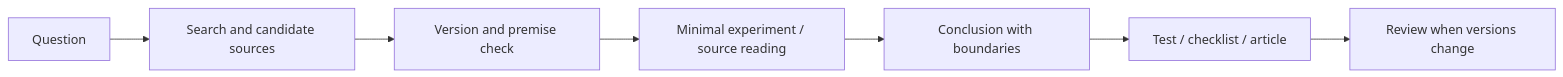
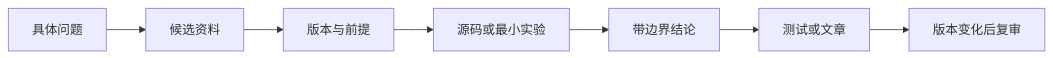
The diagram in docs/engineering/engineering-resources.md (upJiang/jiang-blog-vitepress), drawn with Mermaid before and after one commit. The commit also changed other lines of this file and 164 other files, not shown here.

````diff
--- a/docs/engineering/engineering-resources.md
+++ b/docs/engineering/engineering-resources.md
@@ -25,9 +24,9 @@
 ```mermaid
 flowchart LR
-  Q[Question] --> S[Search and candidate sources]
-  S --> V[Version and premise check]
-  V --> E[Minimal experiment / source reading]
-  E --> C[Conclusion with boundaries]
-  C --> T[Test / checklist / article]
-  T --> R[Review when versions change]
+  Q[具体问题] --> S[候选资料]
+  S --> V[版本与前提]
+  V --> X[源码或最小实验]
+  X --> C[带边界结论]
+  C --> T[测试或文章]
+  T --> R[版本变化后复审]
 ```
````
